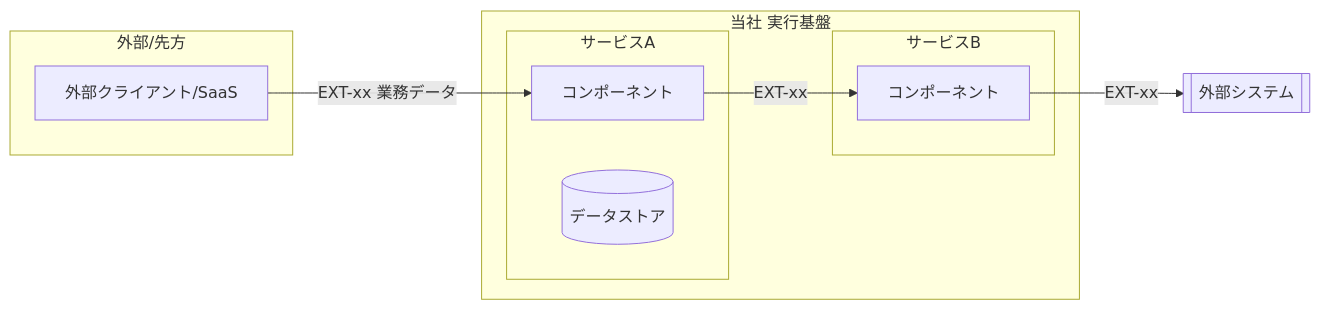
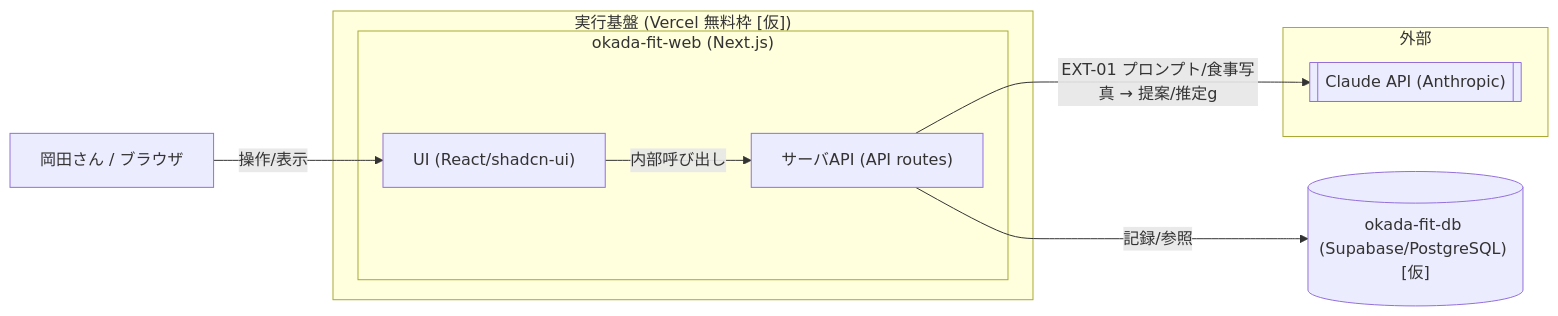
Before and after one commit to k-okada51/okada-fit: the diagram in docs/02_設計/10_システム基本設計/01_構成要素.md, drawn with Mermaid. The commit also changed other lines of this file and 6 other files, not shown here.

````diff
--- a/docs/02_設計/10_システム基本設計/01_構成要素.md
+++ b/docs/02_設計/10_システム基本設計/01_構成要素.md
@@ -33,21 +39,18 @@
 ```mermaid
 flowchart LR
-  subgraph EXT[外部/先方]
-    C[外部クライアント/SaaS]
+  subgraph EXT[外部]
+    CLAUDE[["Claude API (Anthropic)"]]
   end
-  subgraph SYS[当社 実行基盤]
-    subgraph SVC1[サービスA]
-      A[コンポーネント]
-      DBA[(データストア)]
-    end
-    subgraph SVC2[サービスB]
-      B[コンポーネント]
+  subgraph SYS["実行基盤 (Vercel 無料枠 [仮])"]
+    subgraph WEB["okada-fit-web (Next.js)"]
+      UI["UI (React/shadcn-ui)"]
+      API["サーバAPI (API routes)"]
     end
   end
-  EXT2[[外部システム]]
+  DB[("okada-fit-db (Supabase/PostgreSQL) [仮]")]
 
-  %% ここに記載（要素間のフローとEXT-IDを追記）
-  C -- EXT-xx 業務データ --> A
-  A -- EXT-xx --> B
-  B -- EXT-xx --> EXT2
+  U["岡田さん / ブラウザ"] -- 操作/表示 --> UI
+  UI -- 内部呼び出し --> API
+  API -- 記録/参照 --> DB
+  API -- "EXT-01 プロンプト/食事写真 → 提案/推定g" --> CLAUDE
 ```
````
